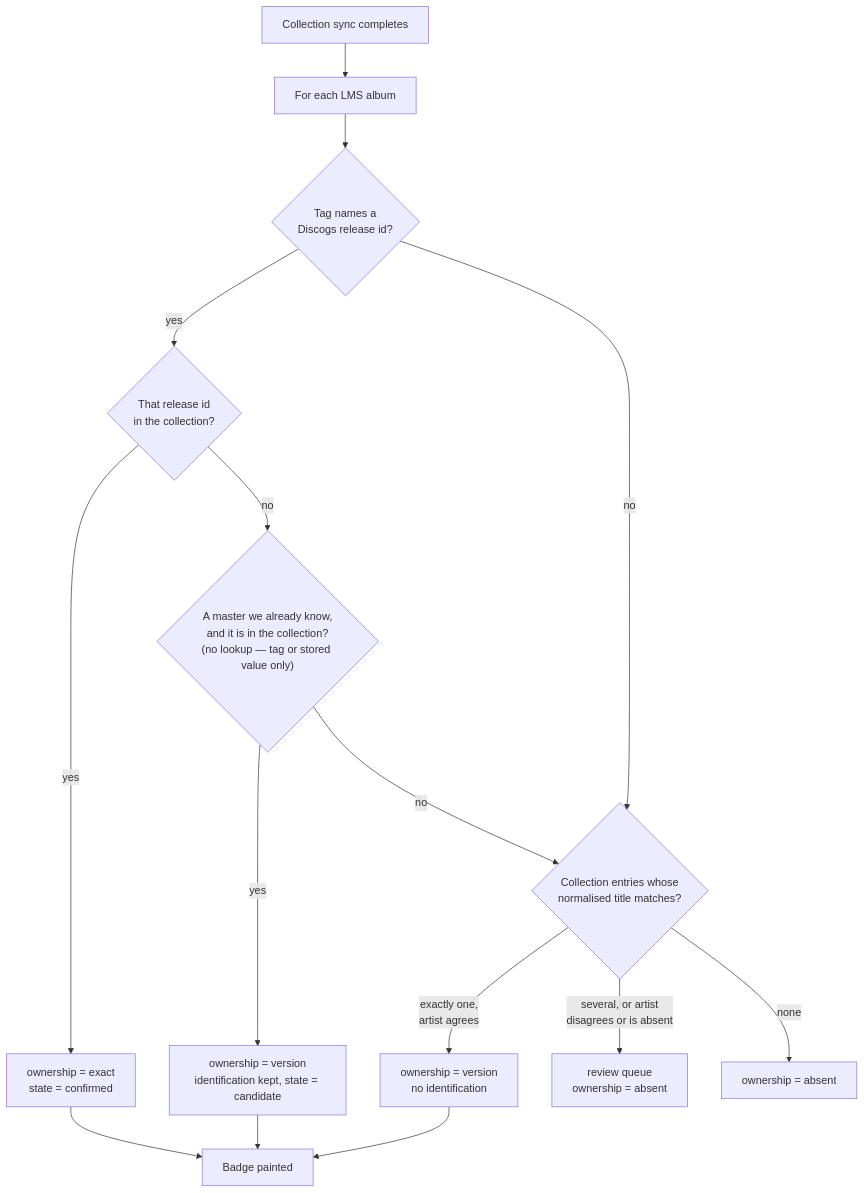
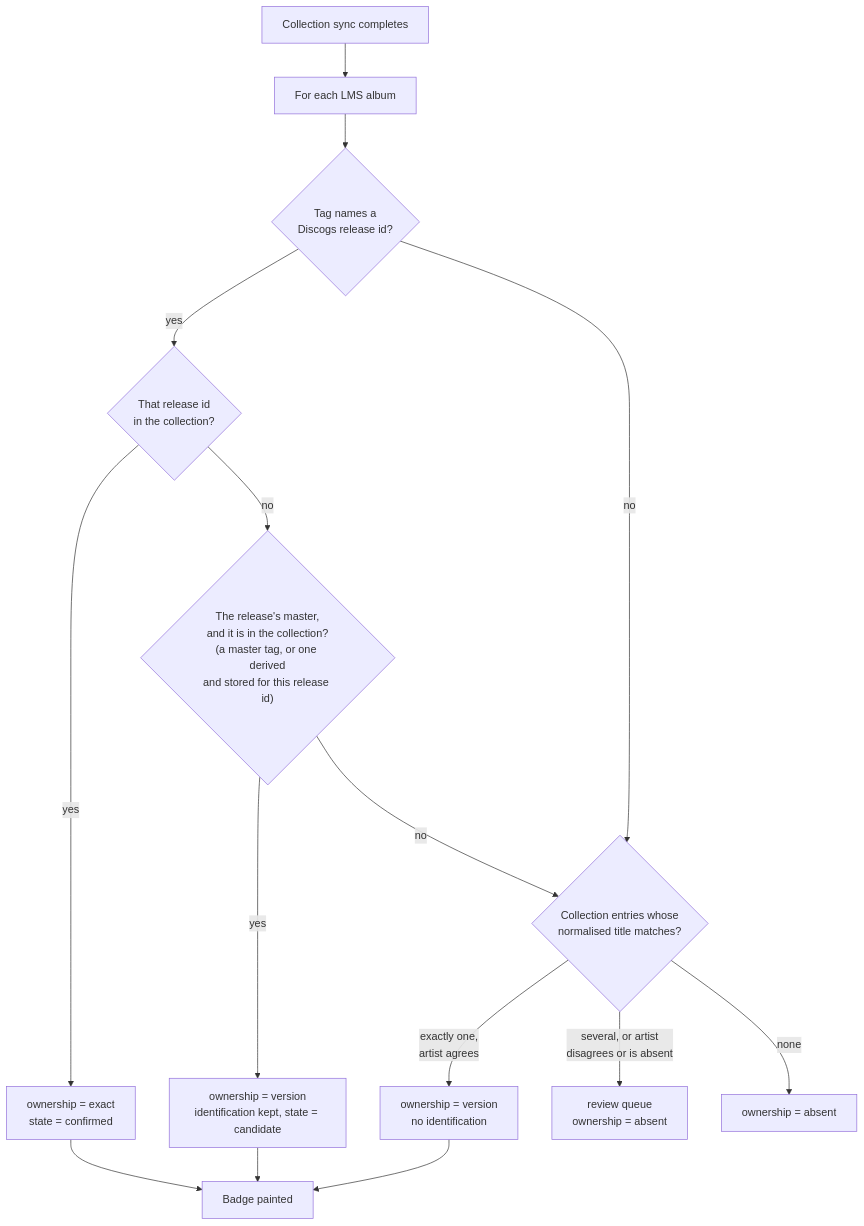
The first of 4 diagrams in docs/squeezewax-design.md (d5c0d3/lms-plugin-squeezewax), drawn with Mermaid before and after one commit. The commit also changed other lines of this file and 3 other files, not shown here.

````diff
--- a/docs/squeezewax-design.md
+++ b/docs/squeezewax-design.md
@@ -226,23 +240,23 @@
 ```mermaid
 flowchart TD
     A[Collection sync completes] --> B[For each LMS album]
 
     B --> C{Tag names a<br/>Discogs release id?}
 
     C -- yes --> D{That release id<br/>in the collection?}
     D -- yes --> E["ownership = exact<br/>state = confirmed"]
 
-    D -- no --> F{"A master we already know,<br/>and it is in the collection?<br/>(no lookup — tag or stored value only)"}
+    D -- no --> F{"The release's master,<br/>and it is in the collection?<br/>(a master tag, or one derived<br/>and stored for this release id)"}
     F -- yes --> G["ownership = version<br/>identification kept, state = candidate"]
 
     C -- no --> H
     F -- no --> H{"Collection entries whose<br/>normalised title matches?"}
 
     H -- "exactly one,<br/>artist agrees" --> I["ownership = version<br/>no identification"]
     H -- "several, or artist<br/>disagrees or is absent" --> J["review queue<br/>ownership = absent"]
     H -- none --> K["ownership = absent"]
 
     E --> L[Badge painted]
     G --> L
     I --> L
 ```
````
